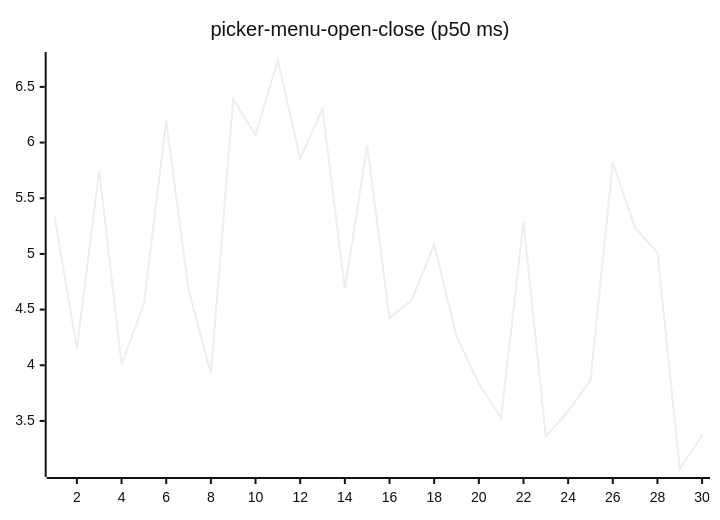
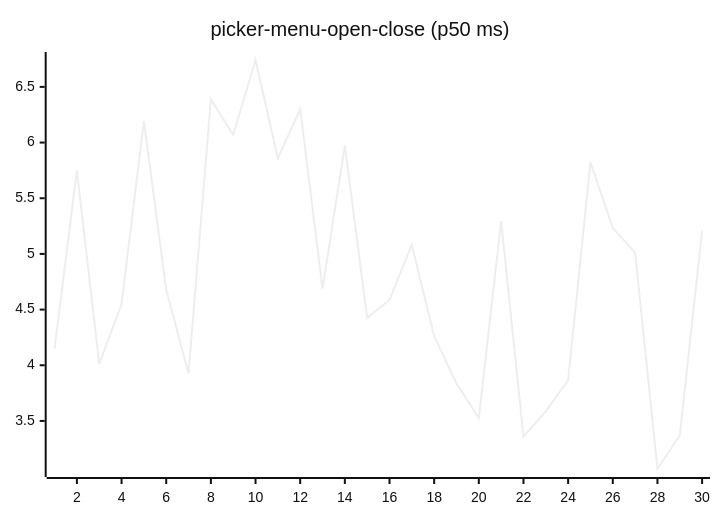
One commit to josha/Facet changed diagram 16 of 27 in README.md. Above: the diagram before and after it, drawn with Mermaid (neutral theme). The commit also changed other lines of this file and 2 other files, not shown here.

````diff
--- a/README.md
+++ b/README.md
@@ -168,6 +168,6 @@
 ```mermaid
 xychart-beta
     title "picker-menu-open-close (p50 ms)"
     x-axis 1 --> 30
-    line [5.3362, 4.1492, 5.7473, 4.0112, 4.5489, 6.1919, 4.6774, 3.9267, 6.3897, 6.0683, 6.7415, 5.8582, 6.3016, 4.6878, 5.9725, 4.4246, 4.5868, 5.0832, 4.2609, 3.8354, 3.5244, 5.2942, 3.3612, 3.5857, 3.8672, 5.8216, 5.2328, 5.0107, 3.0683, 3.3695]
+    line [4.1492, 5.7473, 4.0112, 4.5489, 6.1919, 4.6774, 3.9267, 6.3897, 6.0683, 6.7415, 5.8582, 6.3016, 4.6878, 5.9725, 4.4246, 4.5868, 5.0832, 4.2609, 3.8354, 3.5244, 5.2942, 3.3612, 3.5857, 3.8672, 5.8216, 5.2328, 5.0107, 3.0683, 3.3695, 5.2090]
 ```
````
